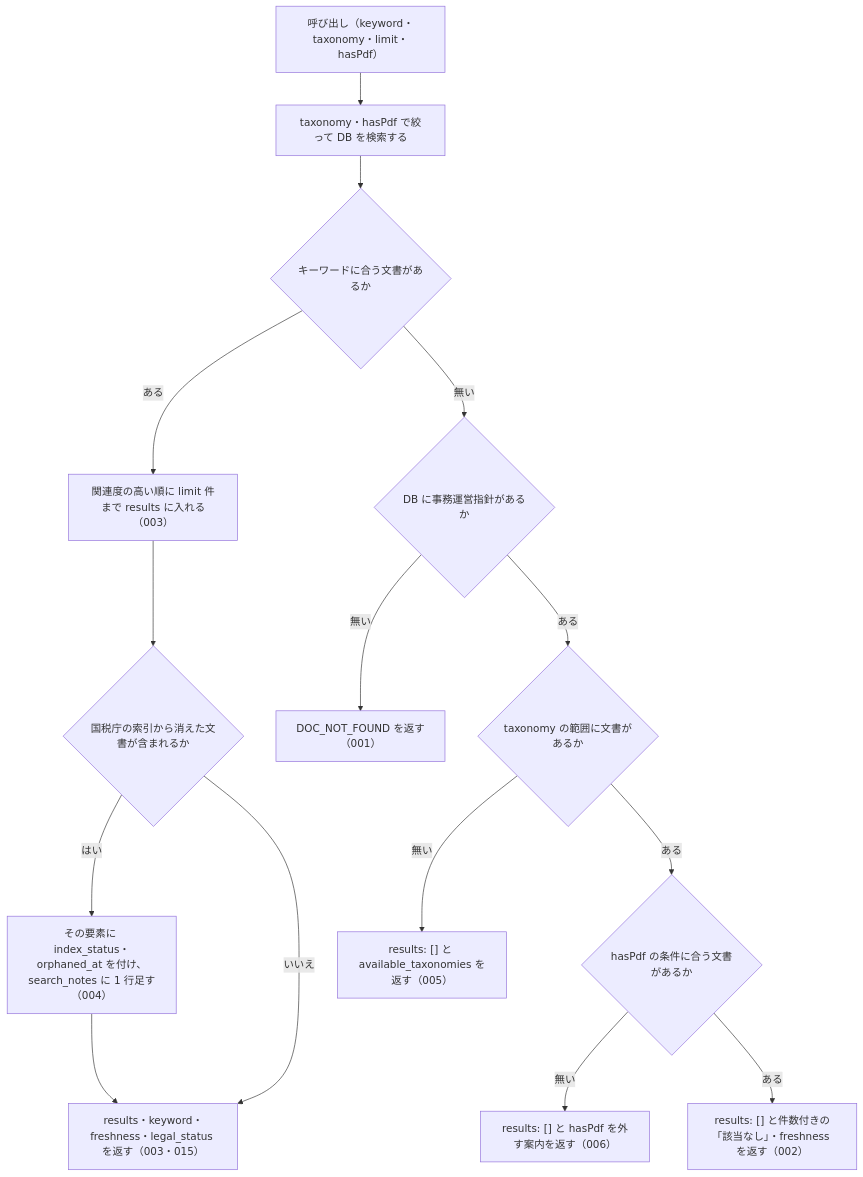
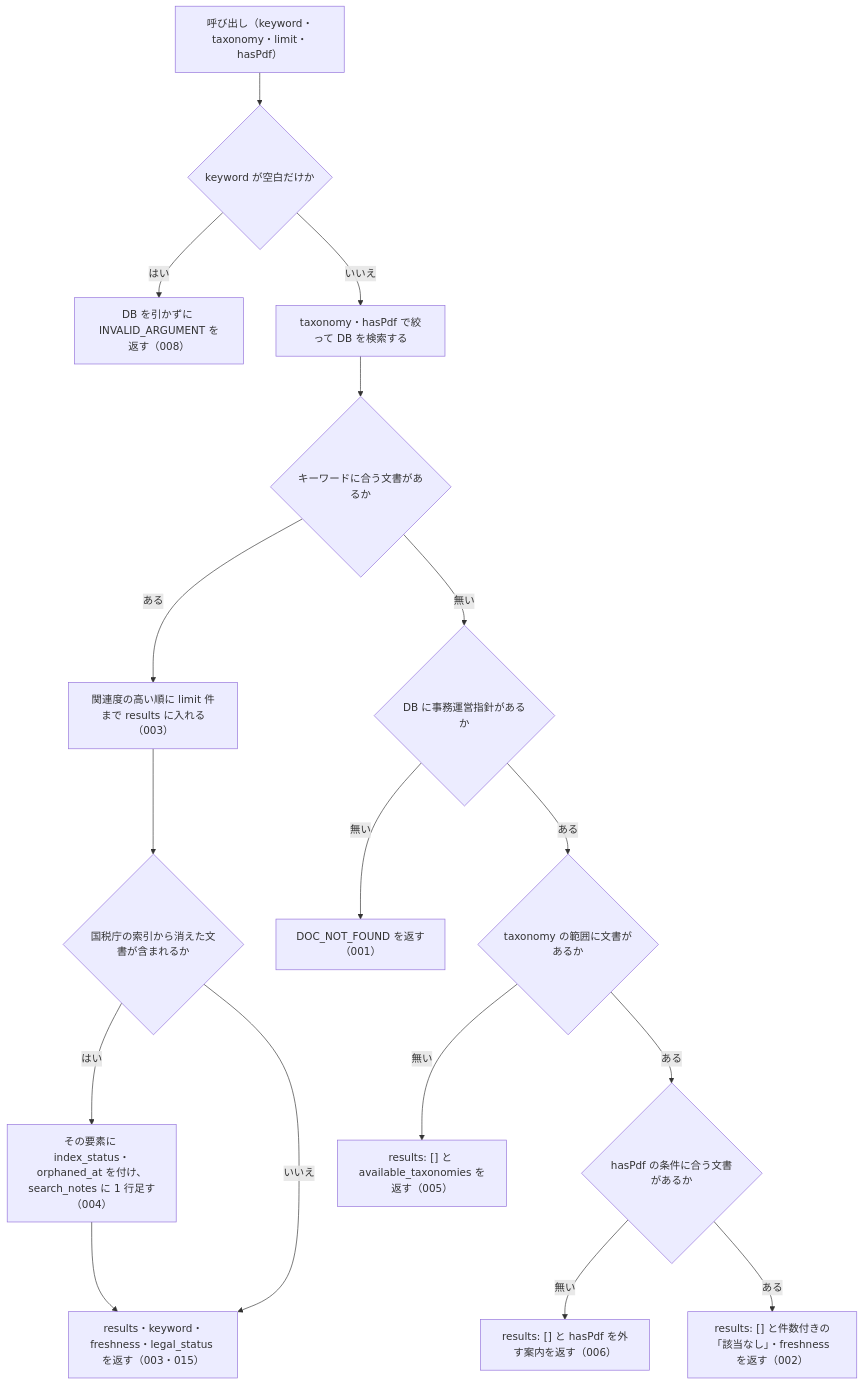
Before and after one commit to shuji-bonji/houki-nta-mcp: the diagram in specs/current/nta_search_jimu_unei/spec.md, drawn with Mermaid. The commit also changed 13 other files, not shown here.

````diff
--- a/specs/current/nta_search_jimu_unei/spec.md
+++ b/specs/current/nta_search_jimu_unei/spec.md
@@ -30,17 +30,19 @@
 ```mermaid
 flowchart TD
-  A["呼び出し（keyword・taxonomy・limit・hasPdf）"] --> B["taxonomy・hasPdf で絞って DB を検索する"]
+  A["呼び出し（keyword・taxonomy・limit・hasPdf）"] --> W{"keyword が空白だけか"}
+  W -- はい --> E0["DB を引かずに INVALID_ARGUMENT を返す（008）"]
+  W -- いいえ --> B["taxonomy・hasPdf で絞って DB を検索する"]
   B --> C{"キーワードに合う文書があるか"}
   C -- ある --> D["関連度の高い順に limit 件まで results に入れる（003）"]
   D --> E{"国税庁の索引から消えた文書が含まれるか"}
   E -- はい --> F["その要素に index_status・orphaned_at を付け、search_notes に 1 行足す（004）"]
   E -- いいえ --> G["results・keyword・freshness・legal_status を返す（003・015）"]
   F --> G
   C -- 無い --> H{"DB に事務運営指針があるか"}
   H -- 無い --> E1["DOC_NOT_FOUND を返す（001）"]
   H -- ある --> I{"taxonomy の範囲に文書があるか"}
   I -- 無い --> E3["results: [] と available_taxonomies を返す（005）"]
   I -- ある --> J{"hasPdf の条件に合う文書があるか"}
   J -- 無い --> E4["results: [] と hasPdf を外す案内を返す（006）"]
   J -- ある --> E2["results: [] と件数付きの「該当なし」・freshness を返す（002）"]
 ```
````
